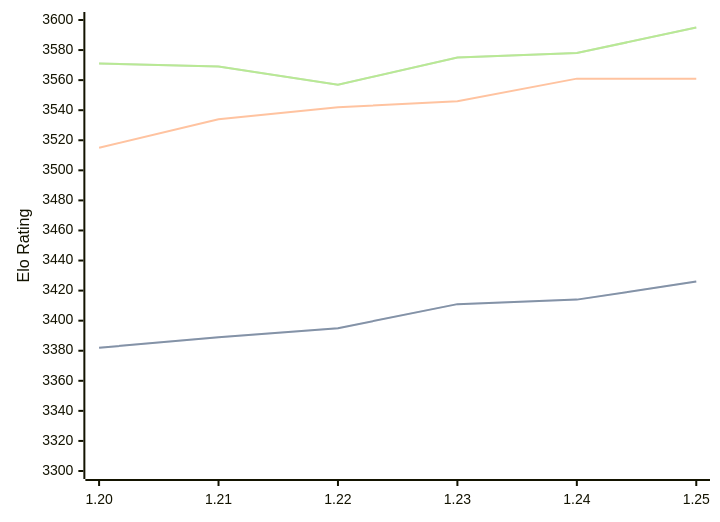
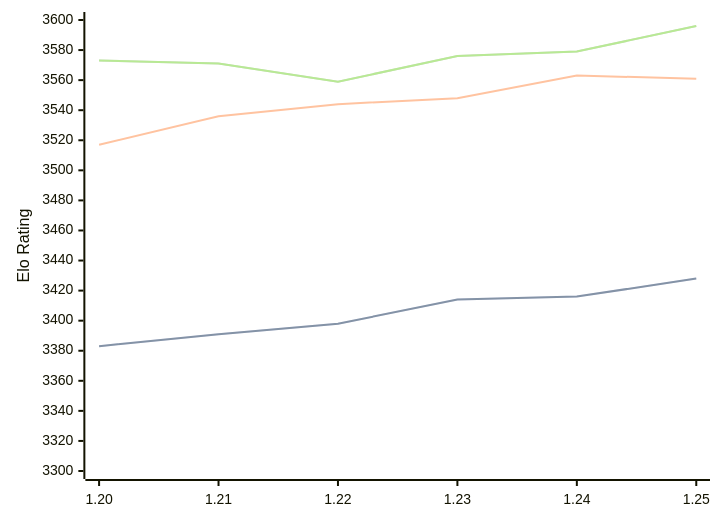
One commit to computer-chess-index/cci changed the diagram in engines/Caissa.md. Above: the diagram before and after it, drawn with Mermaid. The commit also changed other lines of this file, not shown here.

Commit message:
Update CCI Ratings (ELO VLTC) - 2026-04-11

````diff
--- a/engines/Caissa.md
+++ b/engines/Caissa.md
@@ -65,11 +65,11 @@
 ```mermaid
 %%{init: {"theme":"base","themeVariables":{"seriesColors:['#a3a3a3','#222221','#faa371']}}}%%
 xychart-beta
   x-axis ["1.20", "1.21", "1.22", "1.23", "1.24", "1.25"]
   y-axis "Elo Rating" 3300 --> 3600
-  line "STC (8.0+0.08s)" [3382, 3389, 3395, 3411, 3414, 3426]
-  line "STC (8.0+0.08s)" [3382, 3389, 3395, 3411, 3414, 3426]
-  line "LTC (60.0+0.60s)" [3515, 3534, 3542, 3546, 3561, 3561]
-  line "VLTC (2m24s+1.12s)" [3571, 3569, 3557, 3575, 3578, 3595]
-  line "VLTC (2m24s+1.12s)" [3571, 3569, 3557, 3575, 3578, 3595]
+  line "STC (8.0+0.08s)" [3383, 3391, 3398, 3414, 3416, 3428]
+  line "STC (8.0+0.08s)" [3383, 3391, 3398, 3414, 3416, 3428]
+  line "LTC (60.0+0.60s)" [3517, 3536, 3544, 3548, 3563, 3561]
+  line "VLTC (2m24s+1.12s)" [3573, 3571, 3559, 3576, 3579, 3596]
+  line "VLTC (2m24s+1.12s)" [3573, 3571, 3559, 3576, 3579, 3596]
 ```
````
